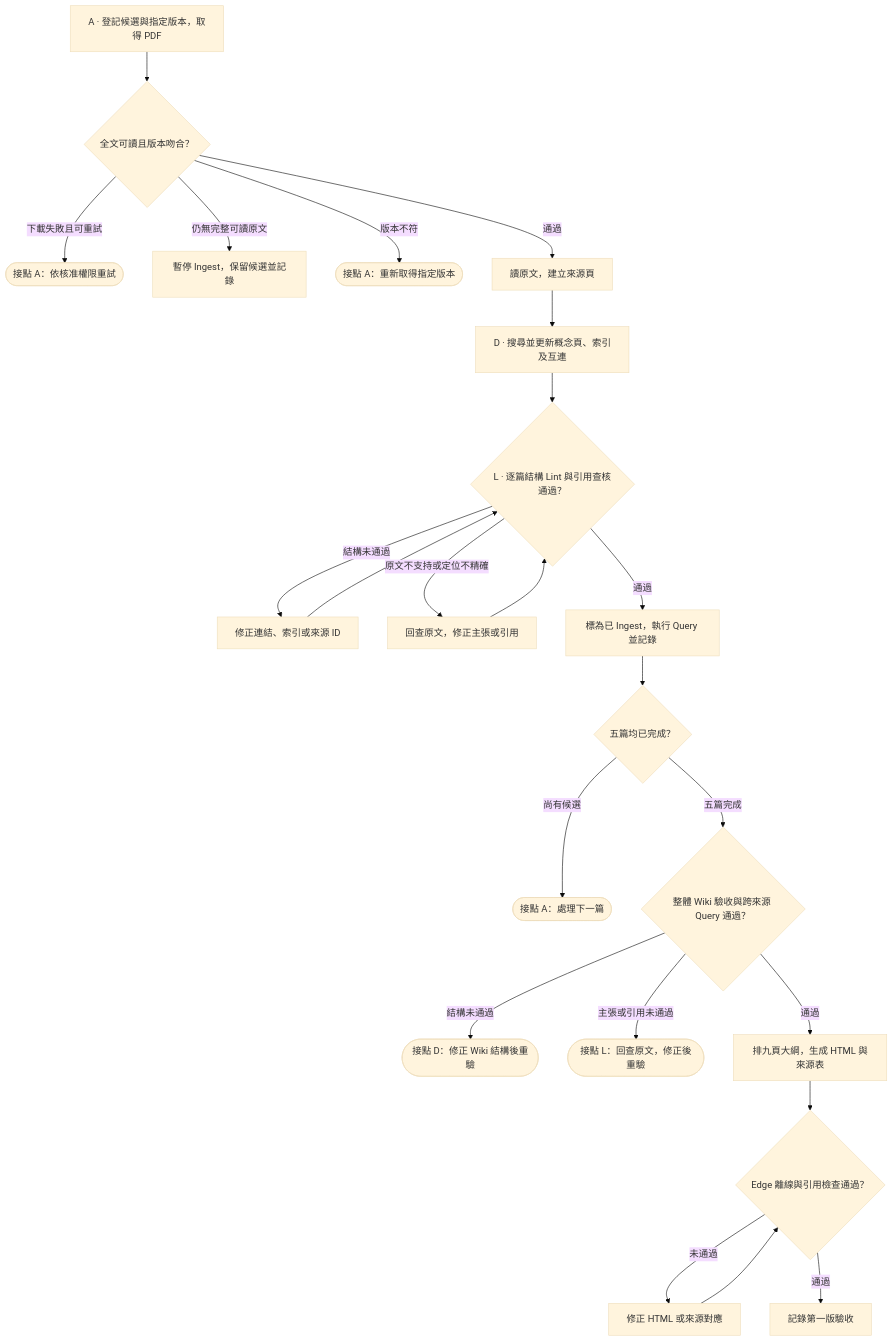
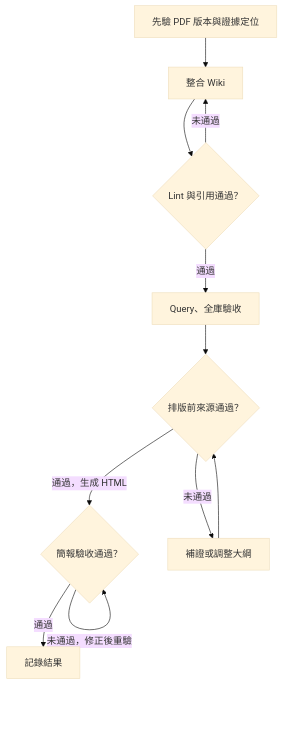
The second of 2 diagrams in docs/workflow-reflection.md (weird19/rag-llm-wiki), drawn with Mermaid (base theme) before and after one commit. The commit also changed other lines of this file and 2 other files, not shown here.

Commit message:
Refine workflow diagrams and submission documentation

````diff
--- a/docs/workflow-reflection.md
+++ b/docs/workflow-reflection.md
@@ -20,28 +42,13 @@
 ```mermaid
 flowchart TD
-    %% 逐篇取得與 Ingest
-    A["A · 登記候選與指定版本，取得 PDF"] --> B{"全文可讀且版本吻合？"}
-    B -->|下載失敗且可重試| BR(["接點 A：依核准權限重試"])
-    B -->|仍無完整可讀原文| BX["暫停 Ingest，保留候選並記錄"]
-    B -->|版本不符| BV(["接點 A：重新取得指定版本"])
-    B -->|通過| C["讀原文，建立來源頁"]
-    C --> D["D · 搜尋並更新概念頁、索引及互連"]
-    D --> L{"L · 逐篇結構 Lint 與引用查核通過？"}
-    L -->|結構未通過| LS["修正連結、索引或來源 ID"]
-    LS --> L
-    L -->|原文不支持或定位不精確| LE["回查原文，修正主張或引用"]
-    LE --> L
-    L -->|通過| Q["標為已 Ingest，執行 Query 並記錄"]
-    Q --> W{"五篇均已完成？"}
-    W -->|尚有候選| WA(["接點 A：處理下一篇"])
-    %% 全庫驗收與第一版簡報
-    V{"整體 Wiki 驗收與跨來源 Query 通過？"}
-    V -->|結構未通過| VS(["接點 D：修正 Wiki 結構後重驗"])
-    V -->|主張或引用未通過| VE(["接點 L：回查原文，修正後重驗"])
-    V -->|通過| S["排九頁大綱，生成 HTML 與來源表"]
-    S --> T{"Edge 離線與引用檢查通過？"}
-    T -->|未通過| TR["修正 HTML 或來源對應"]
-    TR --> T
-    T -->|通過| Z["記錄第一版驗收"]
-    W -->|五篇完成| V
+    A["先驗 PDF 版本與證據定位"] --> B["整合 Wiki"]
+    B --> C{"Lint 與引用通過？"}
+    C -->|未通過| B
+    C -->|通過| D["Query、全庫驗收"]
+    D --> E{"排版前來源通過？"}
+    E -->|通過，生成 HTML| F{"簡報驗收通過？"}
+    E -->|未通過| R["補證或調整大綱"]
+    R --> E
+    F -->|未通過，修正後重驗| F
+    F -->|通過| G["記錄結果"]
 ```
````
